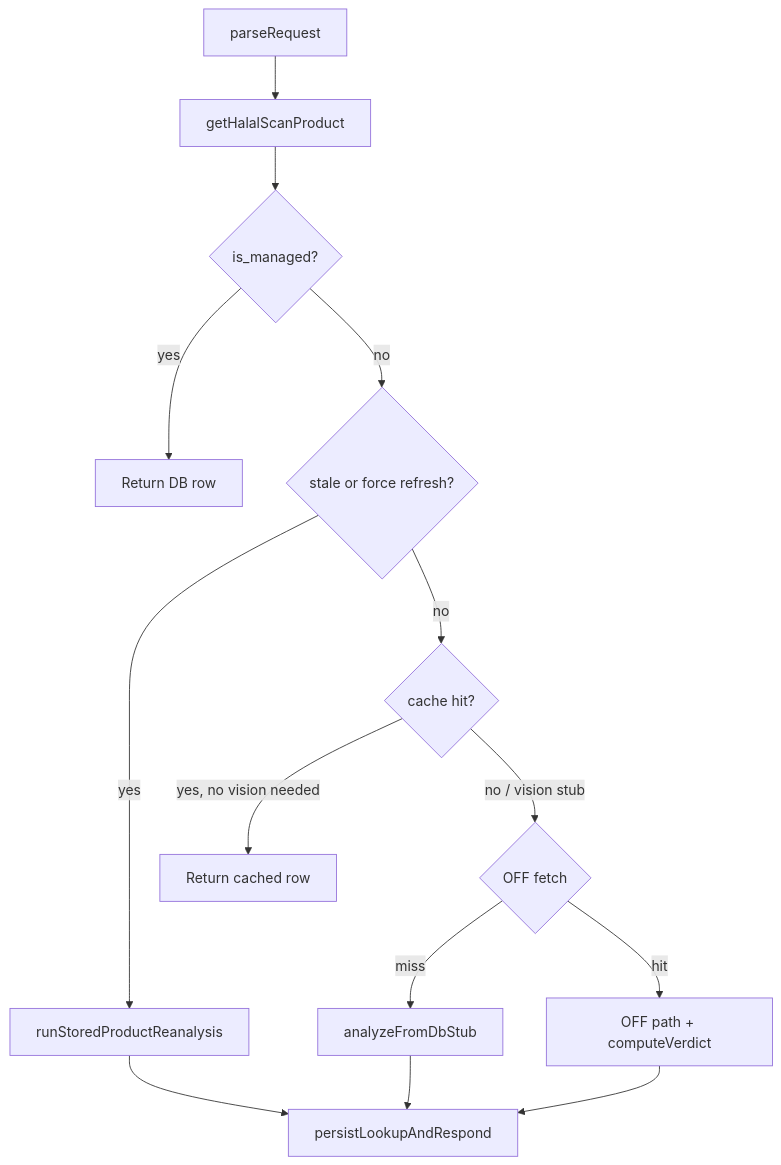
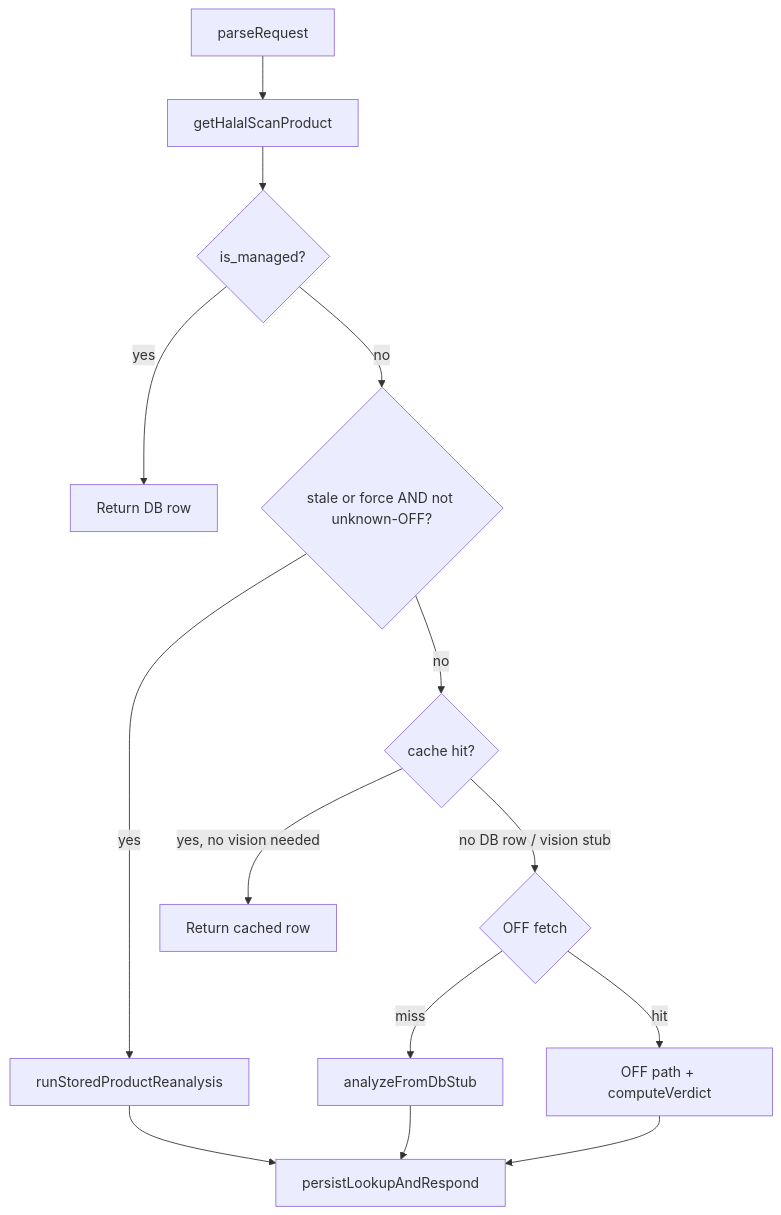
One commit to bilocan/halal_checker changed the diagram in supabase/functions/lookup-product/VERDICT_PIPELINE.md. Above: the diagram before and after it, drawn with Mermaid. The commit also changed other lines of this file and 6 other files, not shown here.

First line of the commit message:
fix: never re-fetch OFF for products already in DB

````diff
--- a/supabase/functions/lookup-product/VERDICT_PIPELINE.md
+++ b/supabase/functions/lookup-product/VERDICT_PIPELINE.md
@@ -27,16 +27,16 @@
 ```mermaid
 flowchart TD
   A[parseRequest] --> B[getHalalScanProduct]
   B --> C{is_managed?}
   C -->|yes| D[Return DB row]
-  C -->|no| E{stale or force refresh?}
+  C -->|no| E{stale or force AND not unknown-OFF?}
   E -->|yes| F[runStoredProductReanalysis]
   E -->|no| G{cache hit?}
   G -->|yes, no vision needed| H[Return cached row]
-  G -->|no / vision stub| I{OFF fetch}
+  G -->|no DB row / vision stub| I{OFF fetch}
   I -->|miss| J[analyzeFromDbStub]
   I -->|hit| K[OFF path + computeVerdict]
   F --> L[persistLookupAndRespond]
   J --> L
   K --> L
 ```
````
